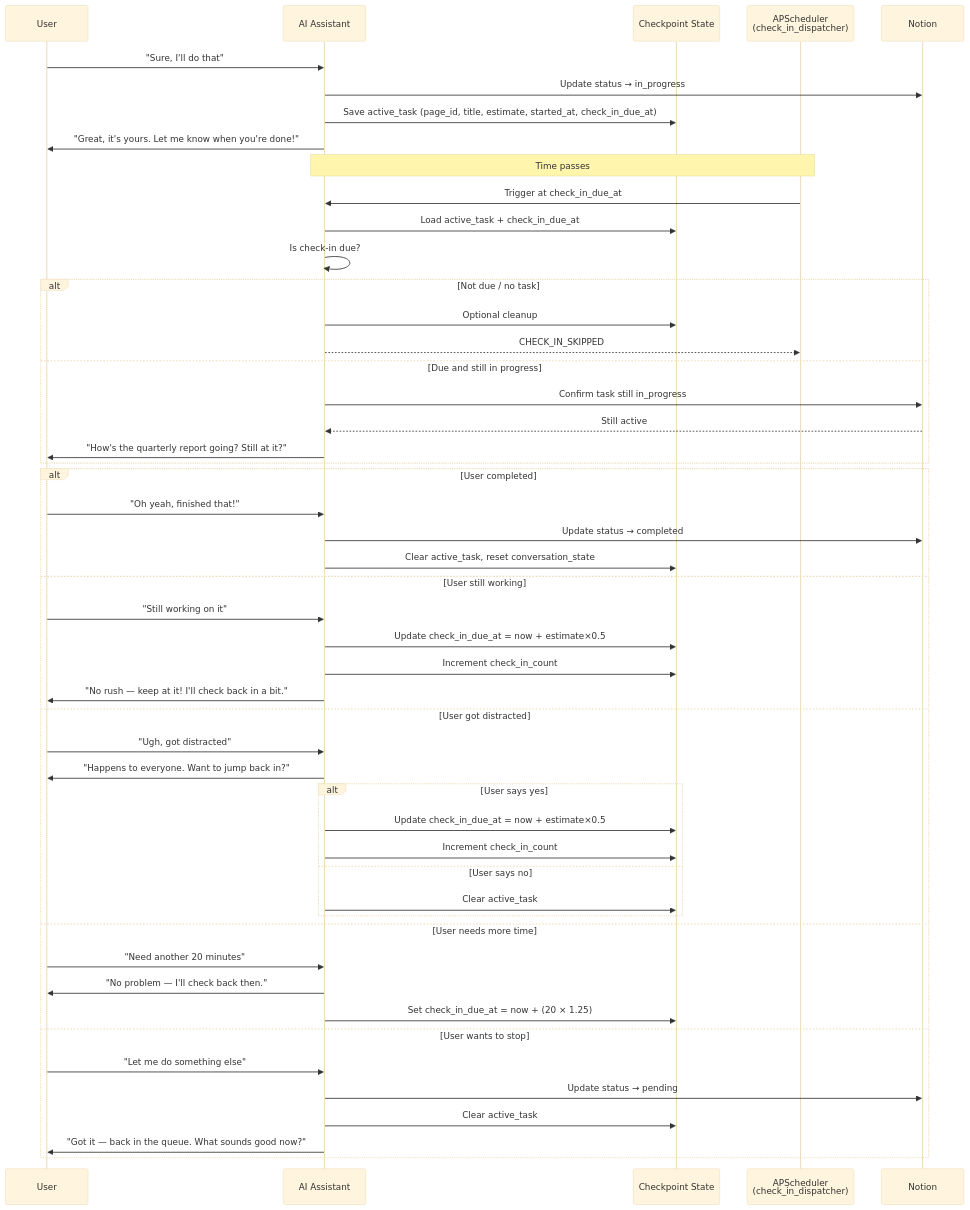
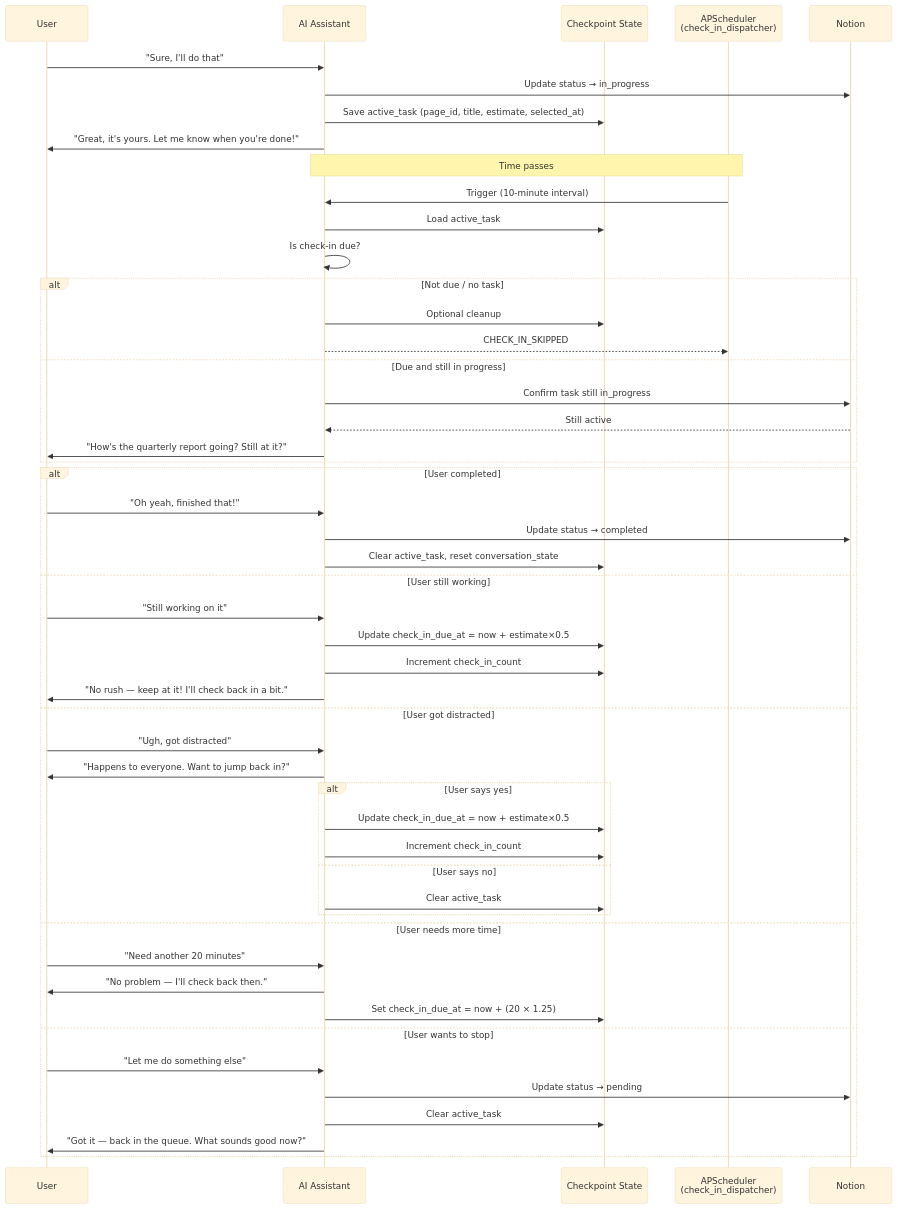
One commit to NickBorgers/hide-my-list changed diagram 20 of 28 in docs/user-interactions.md. Above: the diagram before and after it, drawn with Mermaid (base theme). The commit also changed other lines of this file and 1 other file, not shown here.

First line of the commit message:
docs(check-in): describe the runtime state contract the code implements

````diff
--- a/docs/user-interactions.md
+++ b/docs/user-interactions.md
@@ -618,56 +618,56 @@
 ```mermaid
 sequenceDiagram
     participant U as User
     participant AI as AI Assistant
     participant State as Checkpoint State
     participant Sched as APScheduler<br/>(check_in_dispatcher)
     participant N as Notion
 
     U->>AI: "Sure, I'll do that"
     AI->>N: Update status → in_progress
-    AI->>State: Save active_task (page_id, title, estimate, started_at, check_in_due_at)
+    AI->>State: Save active_task (page_id, title, estimate, selected_at)
     AI->>U: "Great, it's yours. Let me know when you're done!"
 
     Note over AI,Sched: Time passes
 
-    Sched->>AI: Trigger at check_in_due_at
-    AI->>State: Load active_task + check_in_due_at
+    Sched->>AI: Trigger (10-minute interval)
+    AI->>State: Load active_task
     AI->>AI: Is check-in due?
     alt Not due / no task
         AI->>State: Optional cleanup
         AI-->>Sched: CHECK_IN_SKIPPED
     else Due and still in progress
         AI->>N: Confirm task still in_progress
         N-->>AI: Still active
         AI->>U: "How's the quarterly report going? Still at it?"
     end
 
     alt User completed
         U->>AI: "Oh yeah, finished that!"
         AI->>N: Update status → completed
         AI->>State: Clear active_task, reset conversation_state
     else User still working
         U->>AI: "Still working on it"
         AI->>State: Update check_in_due_at = now + estimate×0.5
         AI->>State: Increment check_in_count
         AI->>U: "No rush — keep at it! I'll check back in a bit."
     else User got distracted
         U->>AI: "Ugh, got distracted"
         AI->>U: "Happens to everyone. Want to jump back in?"
         alt User says yes
             AI->>State: Update check_in_due_at = now + estimate×0.5
             AI->>State: Increment check_in_count
         else User says no
             AI->>State: Clear active_task
         end
     else User needs more time
         U->>AI: "Need another 20 minutes"
         AI->>U: "No problem — I'll check back then."
         AI->>State: Set check_in_due_at = now + (20 × 1.25)
     else User wants to stop
         U->>AI: "Let me do something else"
         AI->>N: Update status → pending
         AI->>State: Clear active_task
         AI->>U: "Got it — back in the queue. What sounds good now?"
     end
 ```
````
